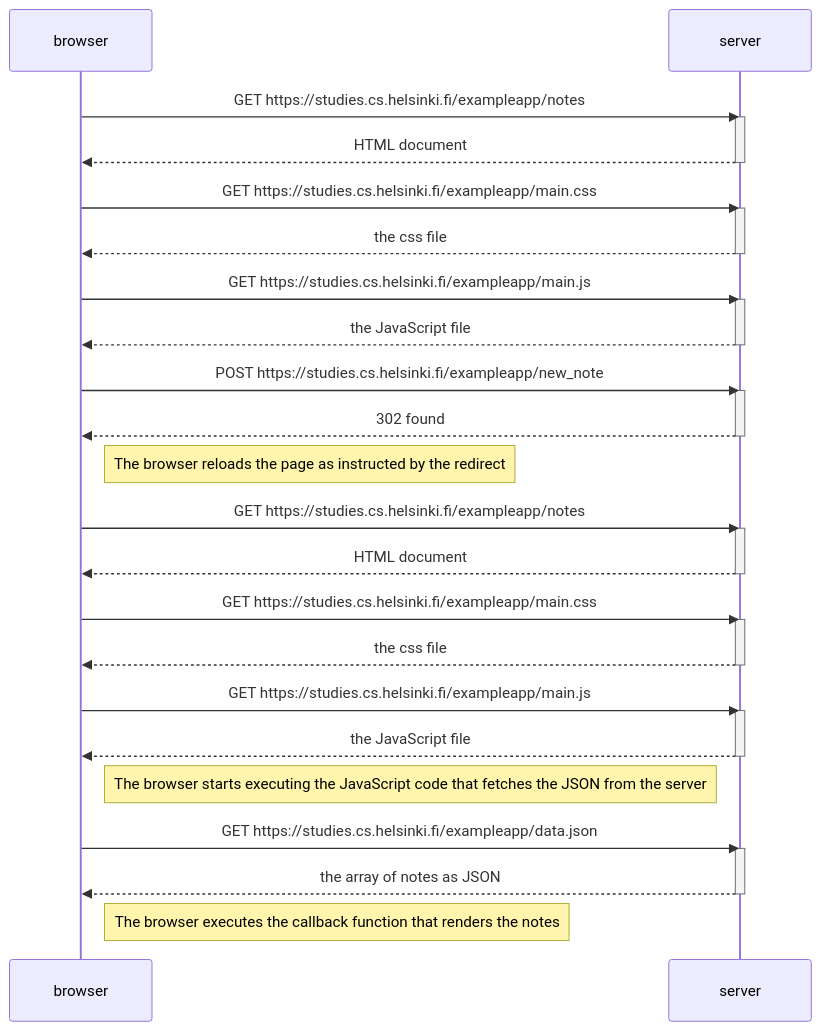
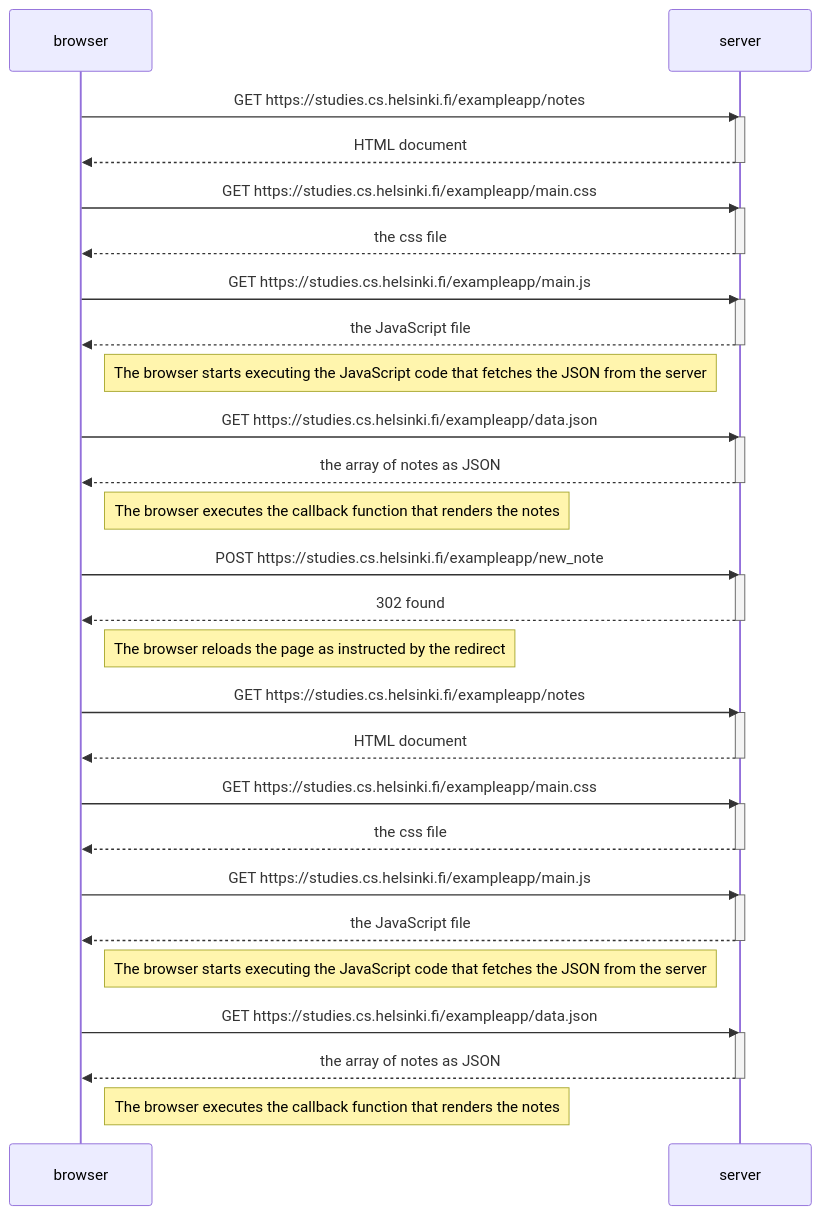
One commit to deadlight121/fullstackopen changed the diagram in part0/0.4_new_note_diagram.md. Above: the diagram before and after it, drawn with Mermaid.

Commit message:
Enhance diagram with browser execution notes
Added notes explaining the browser's execution of JavaScript and JSON fetching.

````diff
--- a/part0/0.4_new_note_diagram.md
+++ b/part0/0.4_new_note_diagram.md
@@ -1,52 +1,61 @@
 ```mermaid
 sequenceDiagram
     participant browser
     participant server
 
 
     browser->>server: GET https://studies.cs.helsinki.fi/exampleapp/notes
     activate server
     server-->>browser: HTML document
     deactivate server
 
     browser->>server: GET https://studies.cs.helsinki.fi/exampleapp/main.css
     activate server
     server-->>browser: the css file
     deactivate server
 
     browser->>server: GET https://studies.cs.helsinki.fi/exampleapp/main.js
     activate server
     server-->>browser: the JavaScript file
     deactivate server
+
+    Note right of browser: The browser starts executing the JavaScript code that fetches the JSON from the server
+
+    browser->>server: GET https://studies.cs.helsinki.fi/exampleapp/data.json
+    activate server
+    server-->>browser: the array of notes as JSON
+    deactivate server
+
+    Note right of browser: The browser executes the callback function that renders the notes
 
     browser->>server: POST https://studies.cs.helsinki.fi/exampleapp/new_note
     activate server
     server-->>browser: 302 found
     deactivate server
 
     Note right of browser: The browser reloads the page as instructed by the redirect
 
     browser->>server: GET https://studies.cs.helsinki.fi/exampleapp/notes
     activate server
     server-->>browser: HTML document
     deactivate server
 
     browser->>server: GET https://studies.cs.helsinki.fi/exampleapp/main.css
     activate server
     server-->>browser: the css file
     deactivate server
 
     browser->>server: GET https://studies.cs.helsinki.fi/exampleapp/main.js
     activate server
     server-->>browser: the JavaScript file
     deactivate server
 
     Note right of browser: The browser starts executing the JavaScript code that fetches the JSON from the server
 
     browser->>server: GET https://studies.cs.helsinki.fi/exampleapp/data.json
     activate server
     server-->>browser: the array of notes as JSON
     deactivate server
 
     Note right of browser: The browser executes the callback function that renders the notes
 ```
````
